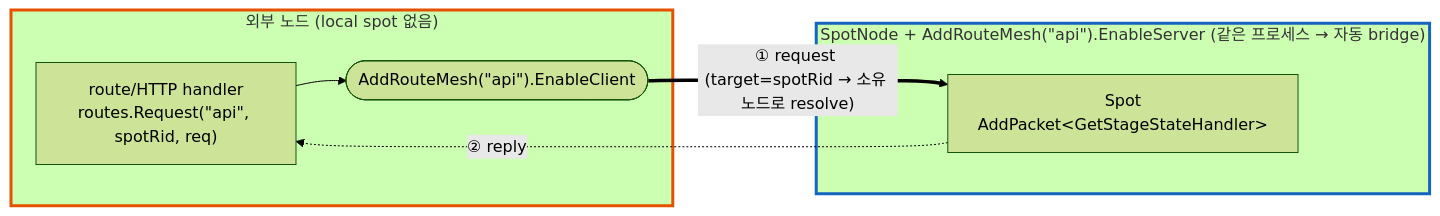
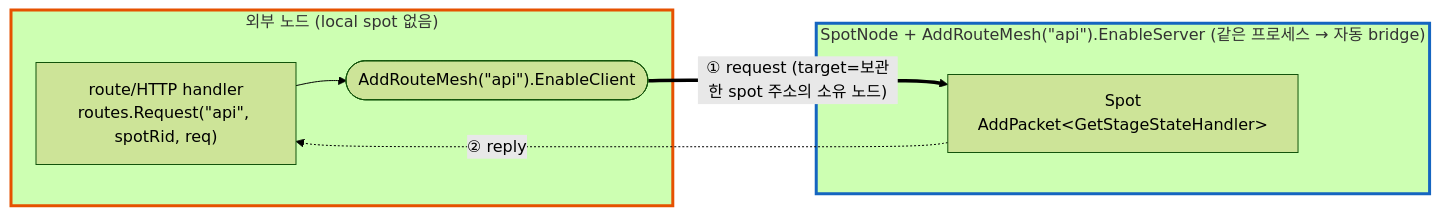
Before and after one commit to kairos-code-dev/zlink: the eighth of 8 diagrams in framework/doc/framework/dotnet/guide/05-spot.ko.md, drawn with Mermaid (forest theme). The commit also changed other lines of this file and 20 other files, not shown here.

````diff
--- a/framework/doc/framework/dotnet/guide/05-spot.ko.md
+++ b/framework/doc/framework/dotnet/guide/05-spot.ko.md
@@ -877,15 +899,15 @@
 ```mermaid
 flowchart LR
   subgraph ext["외부 노드 (local spot 없음)"]
     h["route/HTTP handler<br/>routes.Request(&quot;api&quot;, spotRid, req)"]
     c(["AddRouteMesh(&quot;api&quot;).EnableClient"])
     h --> c
   end
   subgraph sn["SpotNode + AddRouteMesh(&quot;api&quot;).EnableServer (같은 프로세스 → 자동 bridge)"]
     sp["Spot<br/>AddPacket&lt;GetStageStateHandler&gt;"]
   end
-  c ==>|"① request (target=spotRid → 소유 노드로 resolve)"| sp
+  c ==>|"① request (target=보관한 spot 주소의 소유 노드)"| sp
   sp -.->|"② reply"| h
   style sn stroke:#1565c0,stroke-width:3px
   style ext stroke:#e65100,stroke-width:3px
 ```
````
